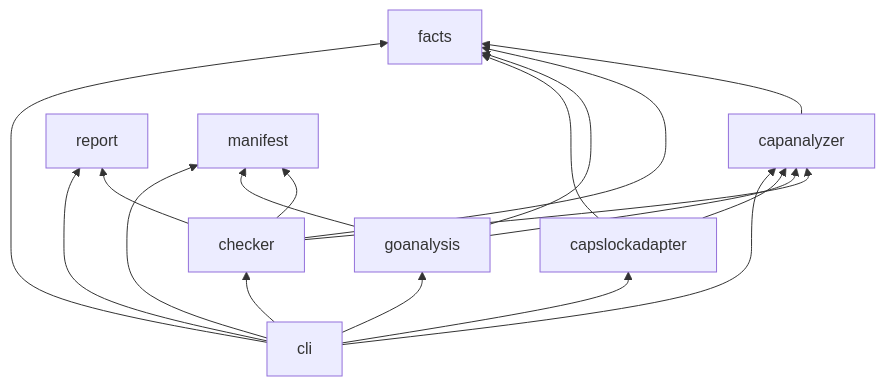
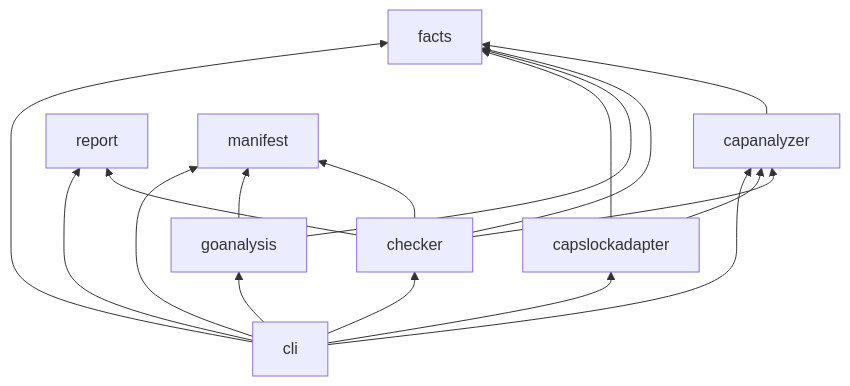
Before and after one commit to ono-sendai-labs/architectural-contracts: the second of 2 diagrams in .agents/planning/2026-07-12-arcc-coco-mvp/design/detailed-design.md, drawn with Mermaid. The commit also changed other lines of this file and 2 other files, not shown here.

````diff
--- a/.agents/planning/2026-07-12-arcc-coco-mvp/design/detailed-design.md
+++ b/.agents/planning/2026-07-12-arcc-coco-mvp/design/detailed-design.md
@@ -206,11 +207,11 @@
 ```mermaid
 flowchart BT
     facts
     capanalyzer --> facts
     report
     manifest
     checker --> facts & capanalyzer & manifest & report
-    goanalysis --> facts & capanalyzer & manifest
+    goanalysis --> facts & manifest
     capslockadapter --> capanalyzer & facts
     cli --> checker & goanalysis & capslockadapter & manifest & report & facts & capanalyzer
 ```
````
